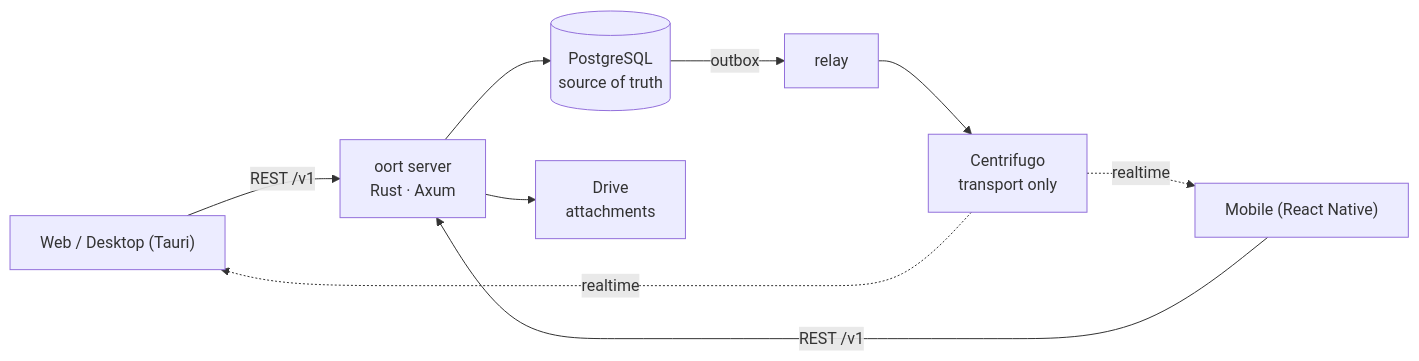
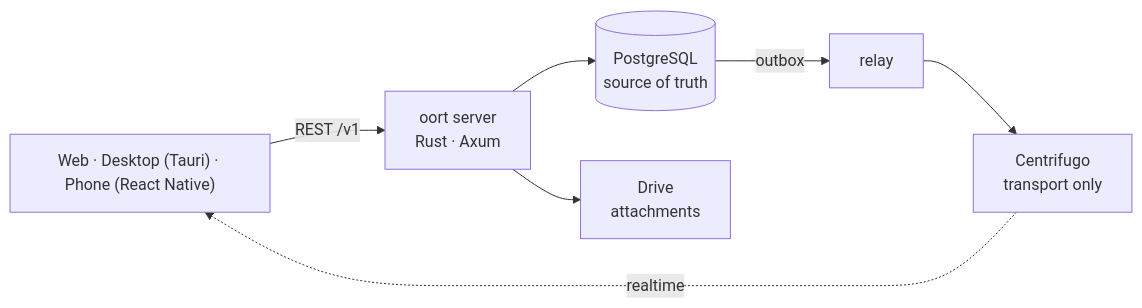
Before and after one commit to yeomyeonggeori/oort: the diagram in README.md, drawn with Mermaid. The commit also changed other lines of this file and 13 other files, not shown here.

````diff
--- a/README.md
+++ b/README.md
@@ -130,11 +129,8 @@
 ```mermaid
 flowchart LR
-  W["Web / Desktop (Tauri)"] -->|"REST /v1"| S["oort server<br/>Rust · Axum"]
-  M["Mobile (React Native)"] -->|"REST /v1"| S
+  C["Web · Desktop (Tauri) · Phone (React Native)"] -->|"REST /v1"| S["oort server<br/>Rust · Axum"]
   S --> P[("PostgreSQL<br/>source of truth")]
-  P -->|outbox| R[relay]
-  R --> T["Centrifugo<br/>transport only"]
-  T -.->|realtime| W
-  T -.->|realtime| M
+  P -->|outbox| R[relay] --> T["Centrifugo<br/>transport only"]
+  T -.->|realtime| C
   S --> D["Drive<br/>attachments"]
 ```
````
